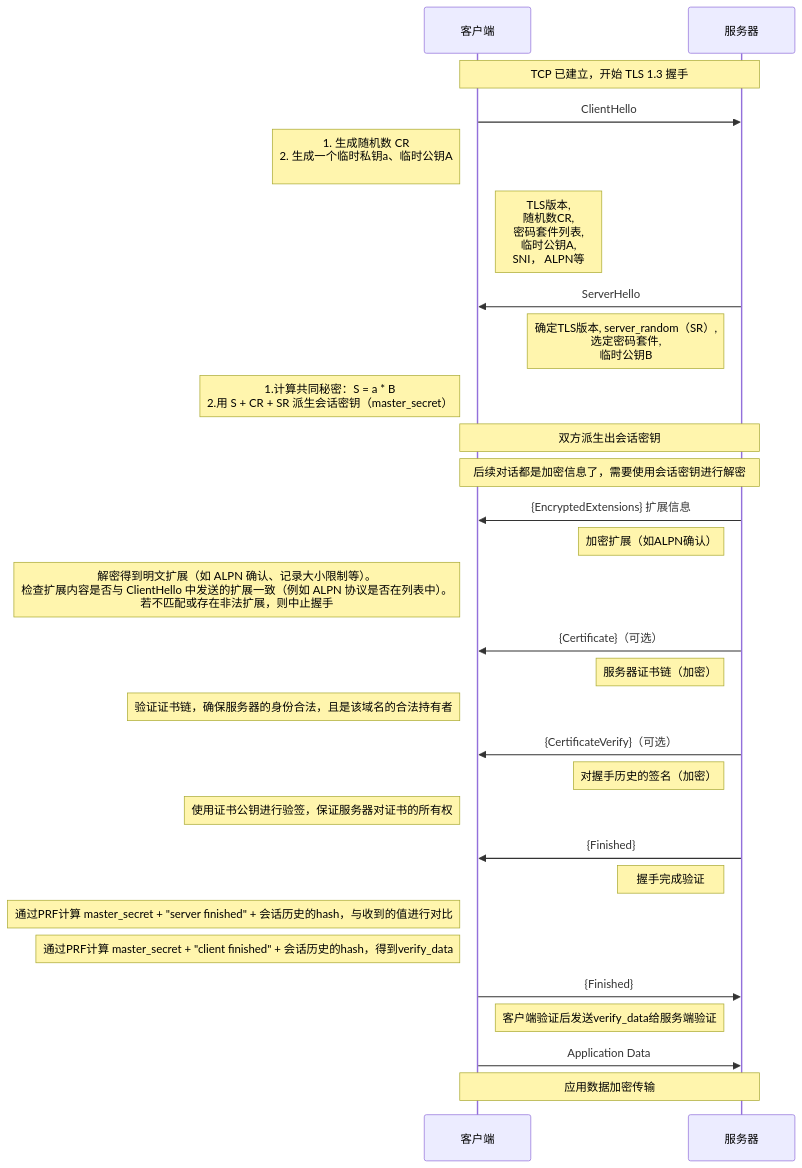
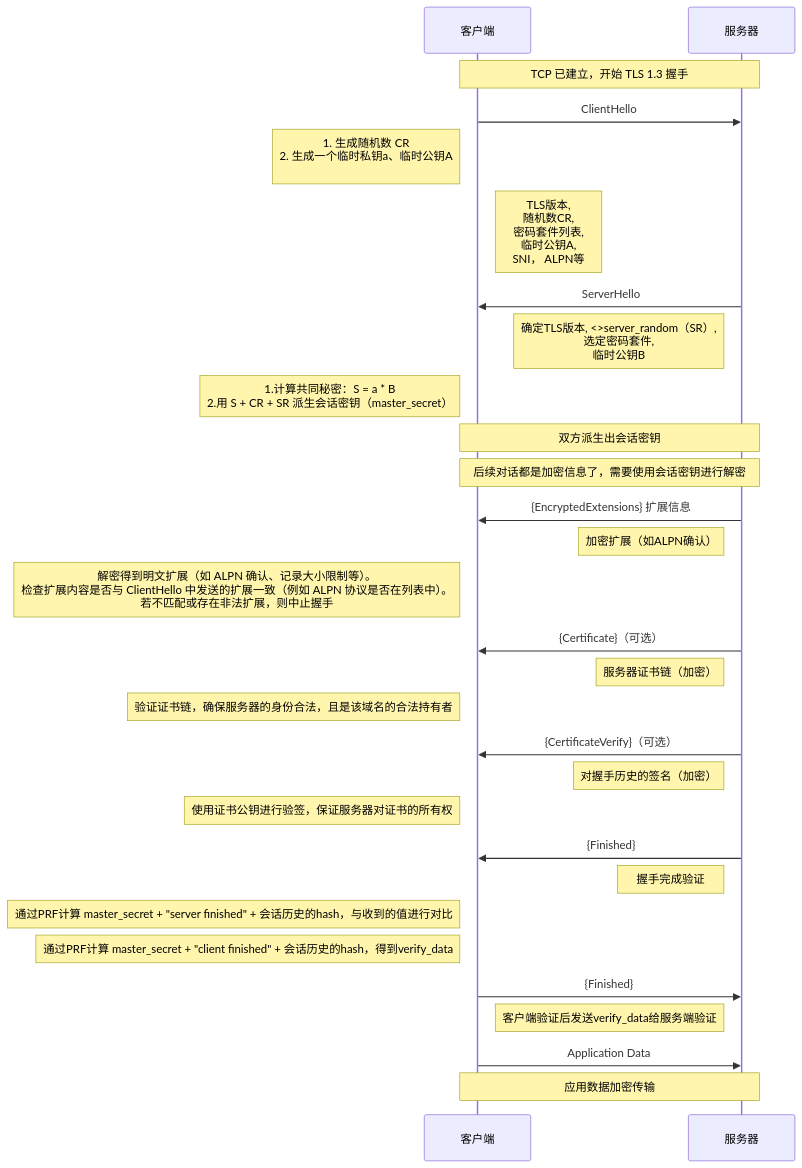
Before and after one commit to HY-10-8/iodraw-files: the diagram in all/TLS-1.3-通用.md, drawn with Mermaid.

Commit message:
2026-03-31 09:31:45 update

````diff
--- a/all/TLS-1.3-通用.md
+++ b/all/TLS-1.3-通用.md
@@ -1,41 +1,41 @@
 ```mermaid
 sequenceDiagram
     participant C as 客户端
     participant S as 服务器
 
     Note over C,S: TCP 已建立，开始 TLS 1.3 握手
 
     C->>S: ClientHello
     Note left of C: 1. 生成随机数 CR<br/> 2. 生成一个临时私钥a、临时公钥A<br/>
     Note right of C: TLS版本,<br/> 随机数CR,<br/> 密码套件列表,<br/> 临时公钥A,<br/> SNI， ALPN等
 
     S->>C: ServerHello
-    Note left of S: 确定TLS版本, server_random（SR）,<br/> 选定密码套件, <br/>临时公钥B
+    Note left of S: 确定TLS版本, <>server_random（SR）,<br/> 选定密码套件, <br/>临时公钥B
     Note left of C: 1.计算共同秘密：S = a * B<br/> 2.用 S + CR + SR 派生会话密钥（master_secret）
 
     Note over C,S: 双方派生出会话密钥
     Note over C,S: 后续对话都是加密信息了，需要使用会话密钥进行解密
 
     S->>C: {EncryptedExtensions} 扩展信息
     Note left of S: 加密扩展（如ALPN确认）
     Note left of C: 解密得到明文扩展（如 ALPN 确认、记录大小限制等）。<br/>检查扩展内容是否与 ClientHello 中发送的扩展一致（例如 ALPN 协议是否在列表中）。<br/> 若不匹配或存在非法扩展，则中止握手
 
     S->>C: {Certificate}（可选）
     Note left of S: 服务器证书链（加密）
     Note left of C: 验证证书链，确保服务器的身份合法，且是该域名的合法持有者
 
     S->>C: {CertificateVerify}（可选）
     Note left of S: 对握手历史的签名（加密）
     Note left of C: 使用证书公钥进行验签，保证服务器对证书的所有权
 
     S->>C: {Finished}
     Note left of S: 握手完成验证
     Note left of C: 通过PRF计算 master_secret + "server finished" + 会话历史的hash，与收到的值进行对比
     Note left of C: 通过PRF计算 master_secret + "client finished" + 会话历史的hash，得到verify_data
 
     C->>S: {Finished}
     Note right of C: 客户端验证后发送verify_data给服务端验证
 
     C->>S: Application Data
     Note over C,S: 应用数据加密传输
 ```
````
